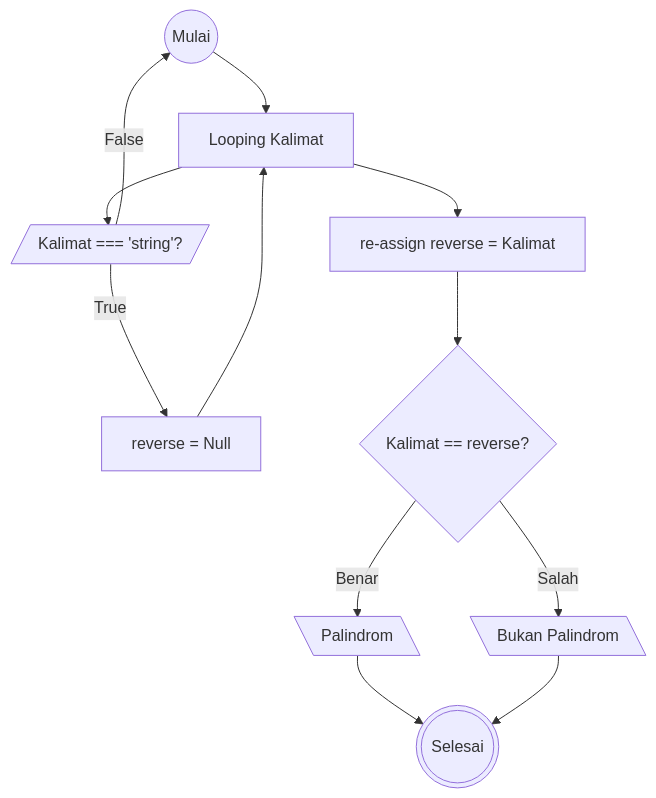
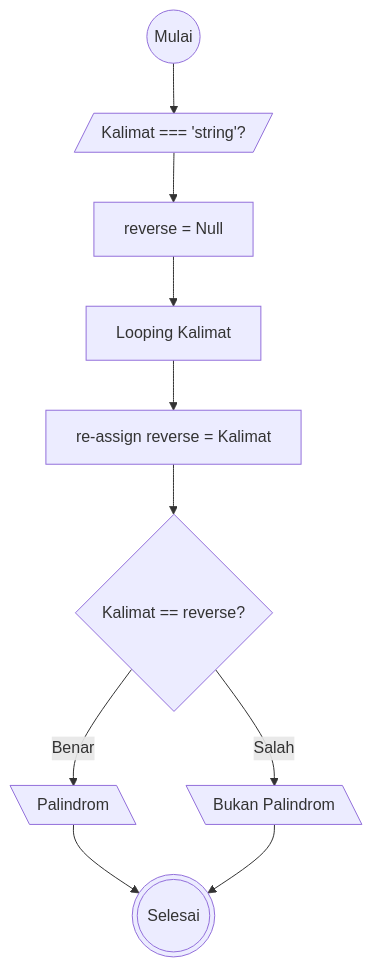
One commit to HN721/fgo24-weeklytask1 changed the first of 2 diagrams in README.md. Above: the diagram before and after it, drawn with Mermaid.

````diff
--- a/README.md
+++ b/README.md
@@ -15,25 +15,22 @@
 ```mermaid
 flowchart TD
 
 A@{shape: circle , label: "Mulai"}
-H@{shape: lean-r ,label : "Input Kalimat" }
 B@{shape: lean-r, label: "Kalimat === 'string'?"}
 C@{shape: rectangle, label: "reverse = Null"}
 H@{shape: rectangle, label: "Looping Kalimat"}
 I@{shape: rectangle, label: "re-assign reverse = Kalimat "}
 D@{shape: diamond, label: "Kalimat == reverse?"}
 E@{shape: lean-l, label: "Palindrom"}
 F@{shape: lean-l, label: "Bukan Palindrom"}
 G@{shape: dbl-circ, label: "Selesai"}
-A --> H
-H --> B
-B --False--> A
-B --True--> C
+A --> B
+B --> C
 C --> H
 H --> I
 I --> D
 D --Benar--> E
 D --Salah--> F
 E --> G
 F --> G
 ```
````
